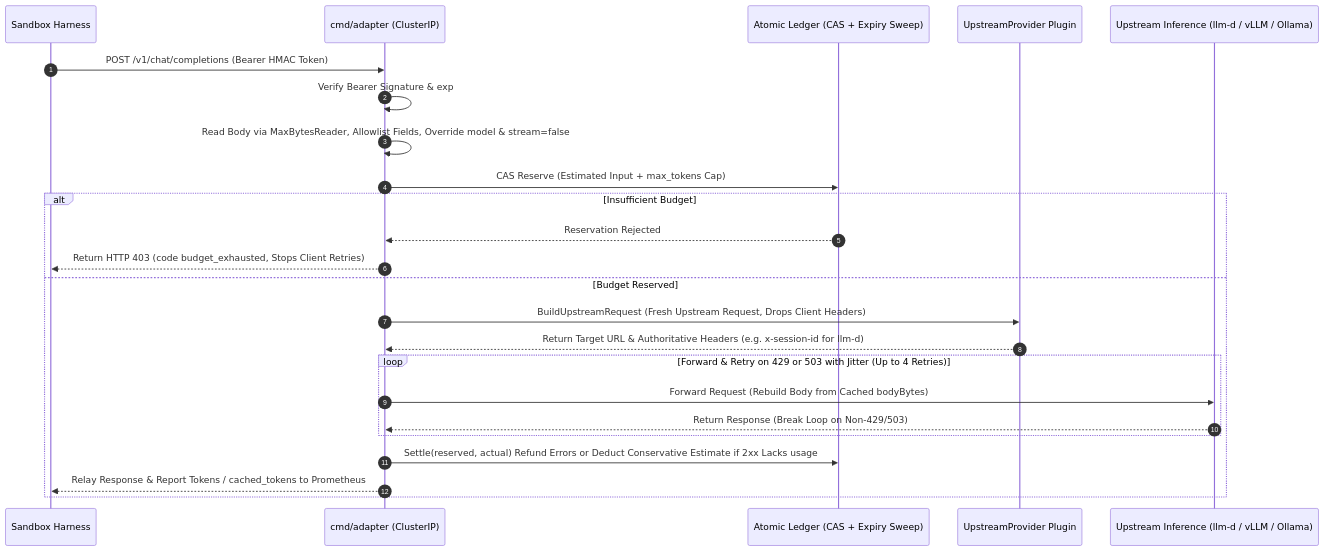
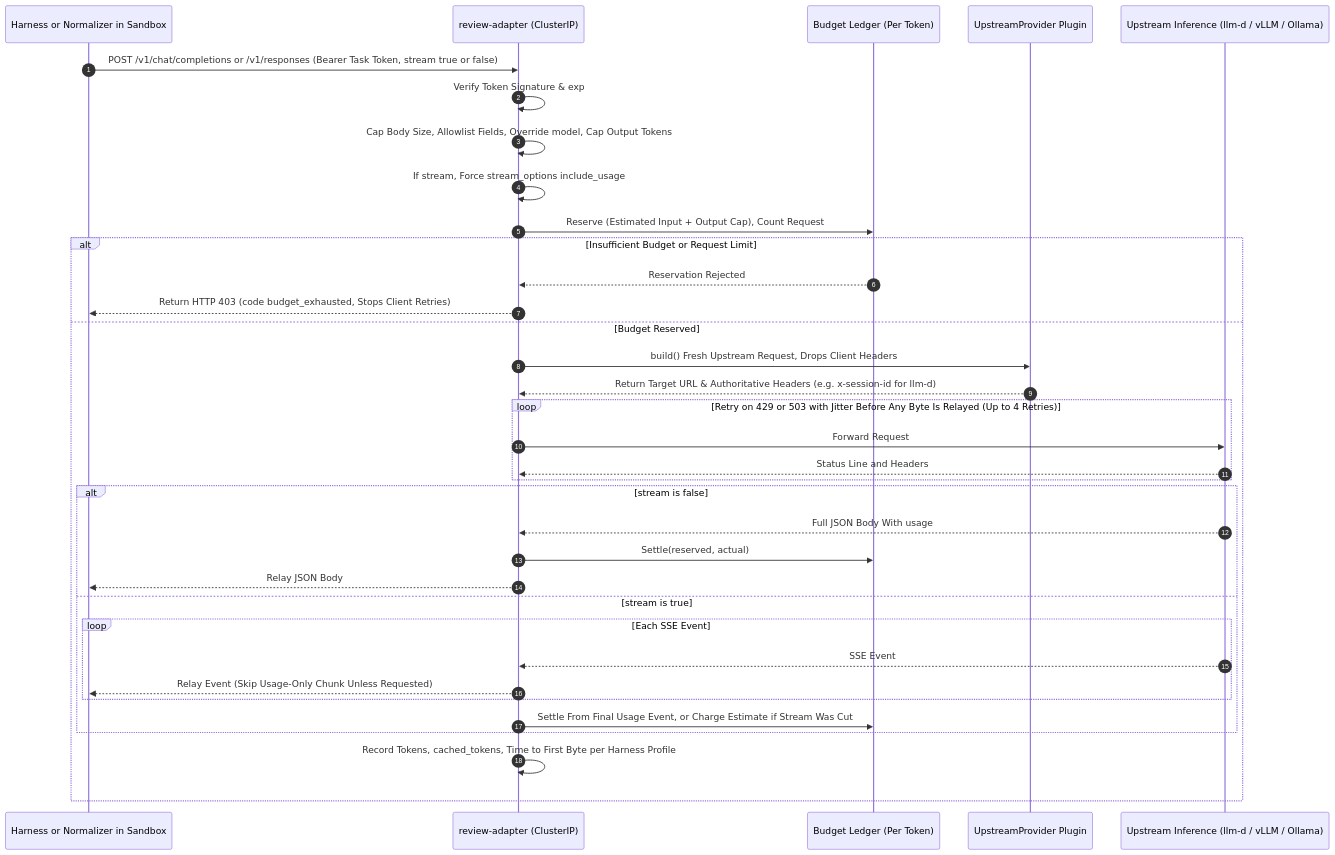
Before and after one commit to zetxqx/review-agent-infra: the fourth of 7 diagrams in docs/design/implementation-plan.md, drawn with Mermaid. The commit also changed other lines of this file and 7 other files, not shown here.

````diff
--- a/docs/design/implementation-plan.md
+++ b/docs/design/implementation-plan.md
@@ -914,27 +1646,38 @@
 ```mermaid
 sequenceDiagram
     autonumber
-    participant Harn as Sandbox Harness
-    participant Adapt as cmd/adapter (ClusterIP)
-    participant Ledger as Atomic Ledger (CAS + Expiry Sweep)
+    participant Harn as Harness or Normalizer in Sandbox
+    participant Adapt as review-adapter (ClusterIP)
+    participant Ledger as Budget Ledger (Per Token)
     participant Prov as UpstreamProvider Plugin
     participant GW as Upstream Inference (llm-d / vLLM / Ollama)
 
-    Harn->>Adapt: POST /v1/chat/completions (Bearer HMAC Token)
-    Adapt->>Adapt: Verify Bearer Signature & exp
-    Adapt->>Adapt: Read Body via MaxBytesReader, Allowlist Fields, Override model & stream=false
-    Adapt->>Ledger: CAS Reserve (Estimated Input + max_tokens Cap)
-    alt Insufficient Budget
+    Harn->>Adapt: POST /v1/chat/completions or /v1/responses (Bearer Task Token, stream true or false)
+    Adapt->>Adapt: Verify Token Signature & exp
+    Adapt->>Adapt: Cap Body Size, Allowlist Fields, Override model, Cap Output Tokens
+    Adapt->>Adapt: If stream, Force stream_options include_usage
+    Adapt->>Ledger: Reserve (Estimated Input + Output Cap), Count Request
+    alt Insufficient Budget or Request Limit
         Ledger-->>Adapt: Reservation Rejected
         Adapt-->>Harn: Return HTTP 403 (code budget_exhausted, Stops Client Retries)
     else Budget Reserved
-        Adapt->>Prov: BuildUpstreamRequest (Fresh Upstream Request, Drops Client Headers)
+        Adapt->>Prov: build() Fresh Upstream Request, Drops Client Headers
         Prov-->>Adapt: Return Target URL & Authoritative Headers (e.g. x-session-id for llm-d)
-        loop Forward & Retry on 429 or 503 with Jitter (Up to 4 Retries)
-            Adapt->>GW: Forward Request (Rebuild Body from Cached bodyBytes)
-            GW-->>Adapt: Return Response (Break Loop on Non-429/503)
+        loop Retry on 429 or 503 with Jitter Before Any Byte Is Relayed (Up to 4 Retries)
+            Adapt->>GW: Forward Request
+            GW-->>Adapt: Status Line and Headers
         end
-        Adapt->>Ledger: Settle(reserved, actual) Refund Errors or Deduct Conservative Estimate if 2xx Lacks usage
-        Adapt-->>Harn: Relay Response & Report Tokens / cached_tokens to Prometheus
+        alt stream is false
+            GW-->>Adapt: Full JSON Body With usage
+            Adapt->>Ledger: Settle(reserved, actual)
+            Adapt-->>Harn: Relay JSON Body
+        else stream is true
+            loop Each SSE Event
+                GW-->>Adapt: SSE Event
+                Adapt-->>Harn: Relay Event (Skip Usage-Only Chunk Unless Requested)
+            end
+            Adapt->>Ledger: Settle From Final Usage Event, or Charge Estimate if Stream Was Cut
+        end
+        Adapt->>Adapt: Record Tokens, cached_tokens, Time to First Byte per Harness Profile
     end
 ```
````
